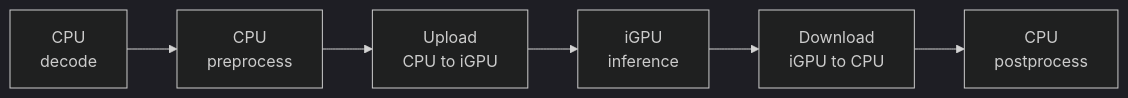
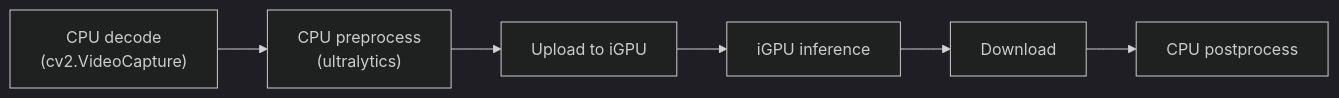
One commit to open-edge-platform/dlstreamer changed the first of 3 diagrams in samples/gstreamer/e2e_performance/README.md. Above: the diagram before and after it, drawn with Mermaid (dark theme). The commit also changed other lines of this file and 5 other files, not shown here.

````diff
--- a/samples/gstreamer/e2e_performance/README.md
+++ b/samples/gstreamer/e2e_performance/README.md
@@ -47,4 +45,4 @@
 ```mermaid
 flowchart LR
-    T1["CPU\ndecode"] --> T2["CPU\npreprocess"] --> T3["Upload\nCPU to iGPU"] --> T4["iGPU\ninference"] --> T5["Download\niGPU to CPU"] --> T6["CPU\npostprocess"]
+    T1["CPU decode\n(cv2.VideoCapture)"] --> T2["CPU preprocess\n(ultralytics)"] --> T3["Upload to iGPU"] --> T4["iGPU inference"] --> T5["Download"] --> T6["CPU postprocess"]
 ```
````
